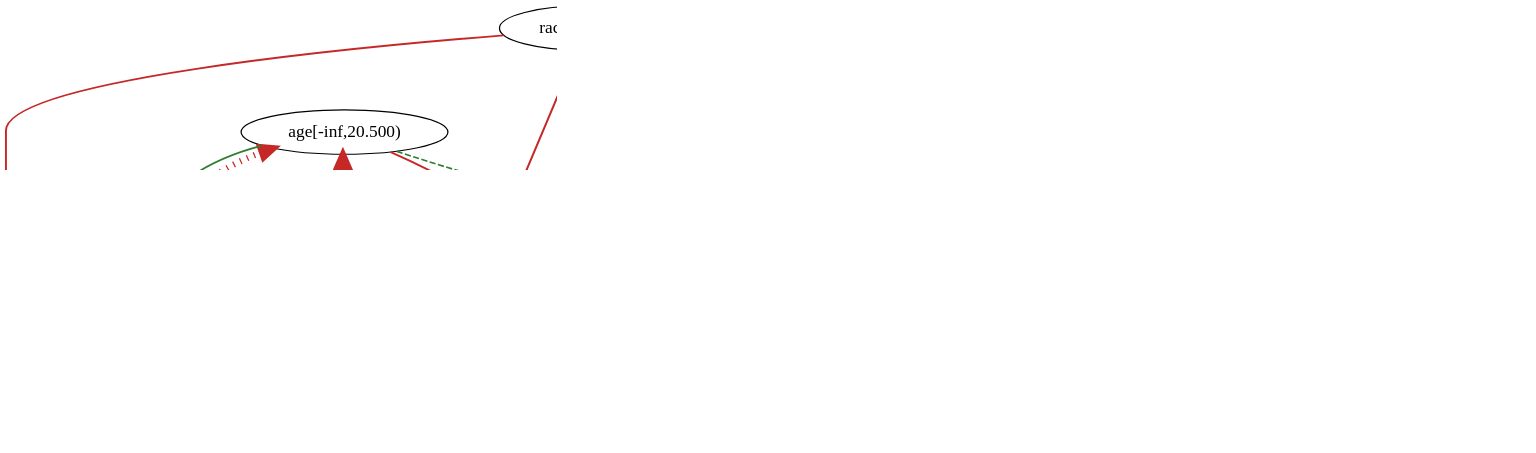
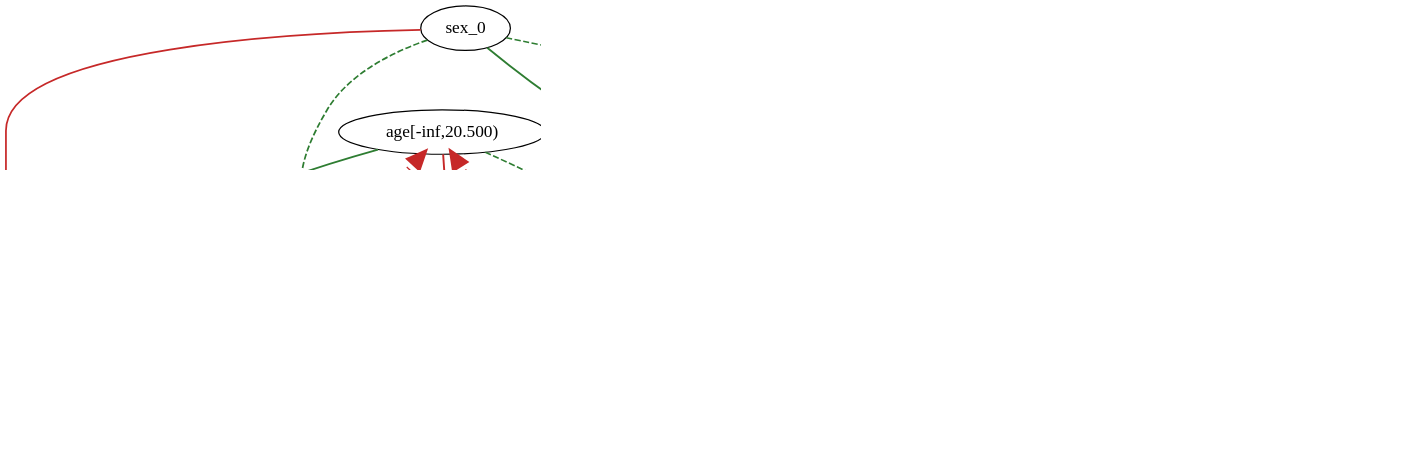
The diagram in causal_argumentation-main/outputs_compas/fci_experiment/discovery_fci_droplast_weighted.dot (AKANEMO22/MedTCAX-Causal-Argumentative-Explainability), drawn with Graphviz before and after one commit. The commit also changed 30 other files, not shown here.

```diff
--- a/causal_argumentation-main/outputs_compas/fci_experiment/discovery_fci_droplast_weighted.dot
+++ b/causal_argumentation-main/outputs_compas/fci_experiment/discovery_fci_droplast_weighted.dot
@@ -1,40 +1,37 @@
 digraph {
 fontsize=18;
 dpi=200;
 0 [label="age[-inf,20.500)"];
 1 [label="age[20.500,34.500)"];
 2 [label="age[34.500,52.500)"];
 3 [label="priors_count[-inf,0.500)"];
 4 [label="priors_count[0.500,2.500)"];
 5 [label="priors_count[2.500,8.500)"];
 6 [label="sex_0"];
 7 [label="race_black_0"];
 8 [label="c_charge_degree_0"];
 9 [label="juv_any_0"];
 10 [label="two_year_recid"];
 0 -> 1 [dir=both, arrowtail=normal, arrowhead=normal, label=" -1.000 ", fontsize=11, style=dotted, color="#c62828", penwidth=5.0];
 0 -> 2 [dir=both, arrowtail=normal, arrowhead=normal, label=" -1.000 ", fontsize=11, style=dotted, color="#c62828", penwidth=5.0];
 0 -> 3 [dir=both, arrowtail=none, arrowhead=normal, label=" +0.078 ", fontsize=11, color="#2e7d32", style=dashed, penwidth=1.3113886911101744];
 0 -> 9 [dir=both, arrowtail=none, arrowhead=normal, label=" -0.135 ", fontsize=11, color="#c62828", penwidth=1.5411938194929524];
 0 -> 10 [dir=both, arrowtail=none, arrowhead=normal, label=" +0.104 ", fontsize=11, color="#2e7d32", penwidth=1.4153167222897685];
 1 -> 2 [dir=both, arrowtail=none, arrowhead=normal, label=" -1.000 ", fontsize=11, style=dotted, color="#c62828", penwidth=5.0];
 7 -> 1 [dir=both, arrowtail=odot, arrowhead=normal, label=" -0.156 ", fontsize=11, color="#c62828", penwidth=1.6254753558036152];
 1 -> 9 [dir=both, arrowtail=none, arrowhead=normal, label=" -0.162 ", fontsize=11, color="#c62828", penwidth=1.648230543356621];
 1 -> 10 [dir=both, arrowtail=none, arrowhead=normal, label=" +0.138 ", fontsize=11, color="#2e7d32", penwidth=1.5517675169583196];
-4 -> 3 [dir=both, arrowtail=odot, arrowhead=normal, label=" -1.000 ", fontsize=11, style=dotted, color="#c62828", penwidth=5.0];
-3 -> 5 [dir=both, arrowtail=none, arrowhead=normal, label=" -1.000 ", fontsize=11, style=dotted, color="#c62828", penwidth=5.0];
 6 -> 3 [dir=both, arrowtail=none, arrowhead=normal, label=" +0.113 ", fontsize=11, color="#2e7d32", penwidth=1.4539642237179575];
 7 -> 3 [dir=both, arrowtail=none, arrowhead=normal, label=" +0.155 ", fontsize=11, color="#2e7d32", penwidth=1.6211683664007666];
 8 -> 3 [dir=both, arrowtail=odot, arrowhead=normal, label=" +0.155 ", fontsize=11, color="#2e7d32", penwidth=1.6182160607475087];
 3 -> 9 [dir=both, arrowtail=normal, arrowhead=normal, label=" +0.204 ", fontsize=11, color="#2e7d32", penwidth=1.8164658760107222];
 3 -> 10 [dir=both, arrowtail=none, arrowhead=normal, label=" -0.242 ", fontsize=11, color="#c62828", penwidth=1.968370066129737];
-4 -> 5 [dir=both, arrowtail=none, arrowhead=normal, label=" -1.000 ", fontsize=11, style=dotted, color="#c62828", penwidth=5.0];
 5 -> 10 [dir=both, arrowtail=none, arrowhead=normal, label=" +0.159 ", fontsize=11, color="#2e7d32", penwidth=1.6378864134807656];
 6 -> 8 [dir=both, arrowtail=none, arrowhead=normal, label=" +0.062 ", fontsize=11, color="#2e7d32", style=dashed, penwidth=1.2473923026476834];
 6 -> 9 [dir=both, arrowtail=none, arrowhead=normal, label=" +0.096 ", fontsize=11, color="#2e7d32", style=dashed, penwidth=1.3854684192481614];
 6 -> 10 [dir=both, arrowtail=none, arrowhead=normal, label=" -0.101 ", fontsize=11, color="#c62828", penwidth=1.4036440942052204];
 7 -> 8 [dir=both, arrowtail=none, arrowhead=normal, label=" +0.104 ", fontsize=11, color="#2e7d32", penwidth=1.4161881076625993];
 7 -> 10 [dir=both, arrowtail=none, arrowhead=normal, label=" -0.141 ", fontsize=11, color="#c62828", penwidth=1.5624367867261995];
 8 -> 10 [dir=both, arrowtail=none, arrowhead=normal, label=" -0.120 ", fontsize=11, color="#c62828", penwidth=1.4813297591010122];
 9 -> 10 [dir=both, arrowtail=none, arrowhead=normal, label=" -0.194 ", fontsize=11, color="#c62828", penwidth=1.7754492637667454];
 }
```
